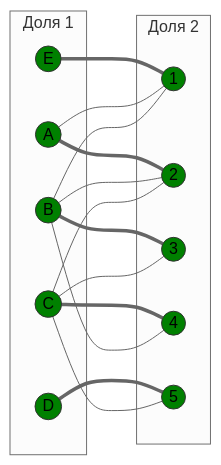
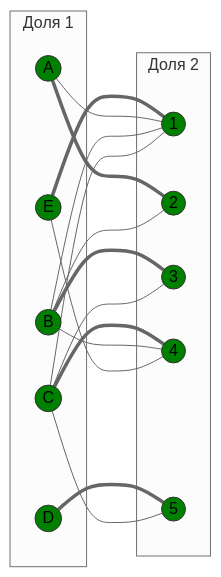
Diagram 14 of 14 in Задание 8/syndicate.md (algos-ris-24-3/manual-tasks), drawn with Mermaid (neutral theme) before and after one commit. The commit also changed other lines of this file, not shown here.

````diff
--- a/Задание 8/syndicate.md
+++ b/Задание 8/syndicate.md
@@ -456,44 +568,45 @@
 ```mermaid
 graph LR
     subgraph "Доля 1"
         A((A))
         B((B))
         C((C))
         D((D))
         E((E))
     end
     subgraph "Доля 2"
         1((1))
         2((2))
         3((3))
         4((4))
         5((5))
     end
     
     %% Ребра паросочетания
     A === 2
     B === 3
     C === 4
     D === 5
     E === 1
 
     %% Остальные доступные нулевые ребра
     A --- 1
     B --- 1
     B --- 2
     B --- 4
-    C --- 2
+    C --- 1
     C --- 3
     C --- 5
+    E --- 4
 
     style A fill:#008000,stroke:#333
     style B fill:#008000,stroke:#333
     style C fill:#008000,stroke:#333
     style D fill:#008000,stroke:#333
     style E fill:#008000,stroke:#333
     style 1 fill:#008000,stroke:#333
     style 2 fill:#008000,stroke:#333
     style 3 fill:#008000,stroke:#333
     style 4 fill:#008000,stroke:#333
     style 5 fill:#008000,stroke:#333
 ```
````
